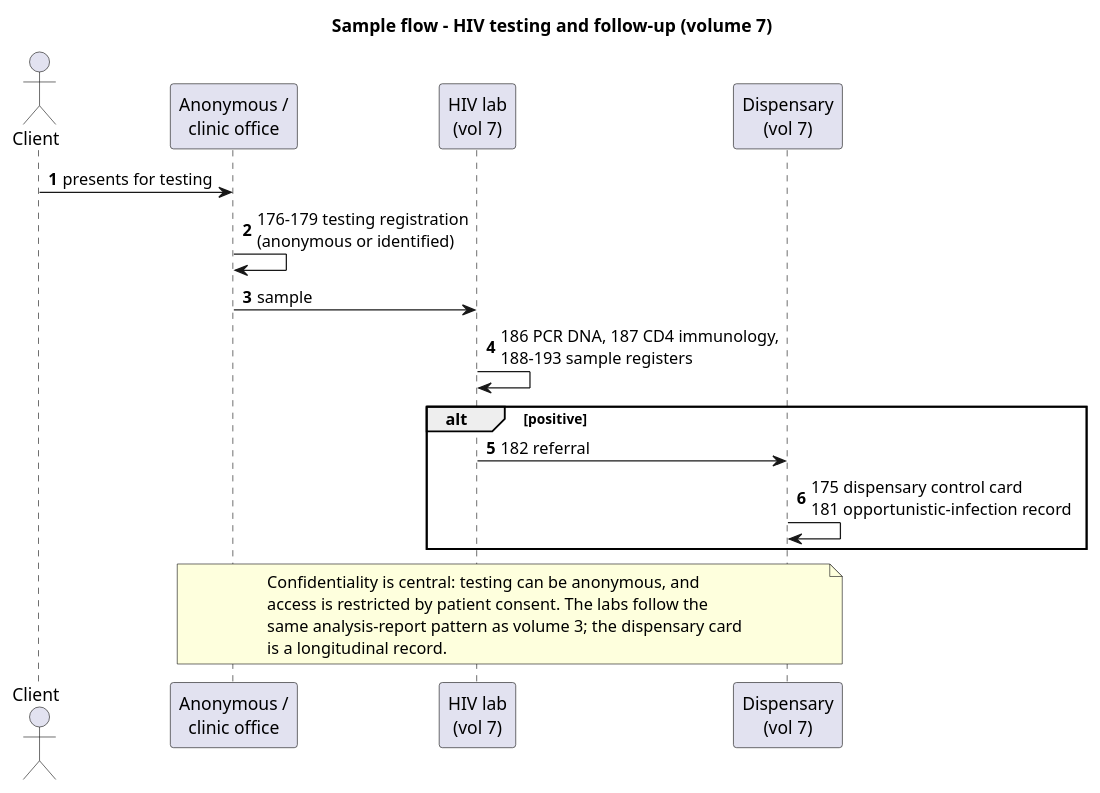
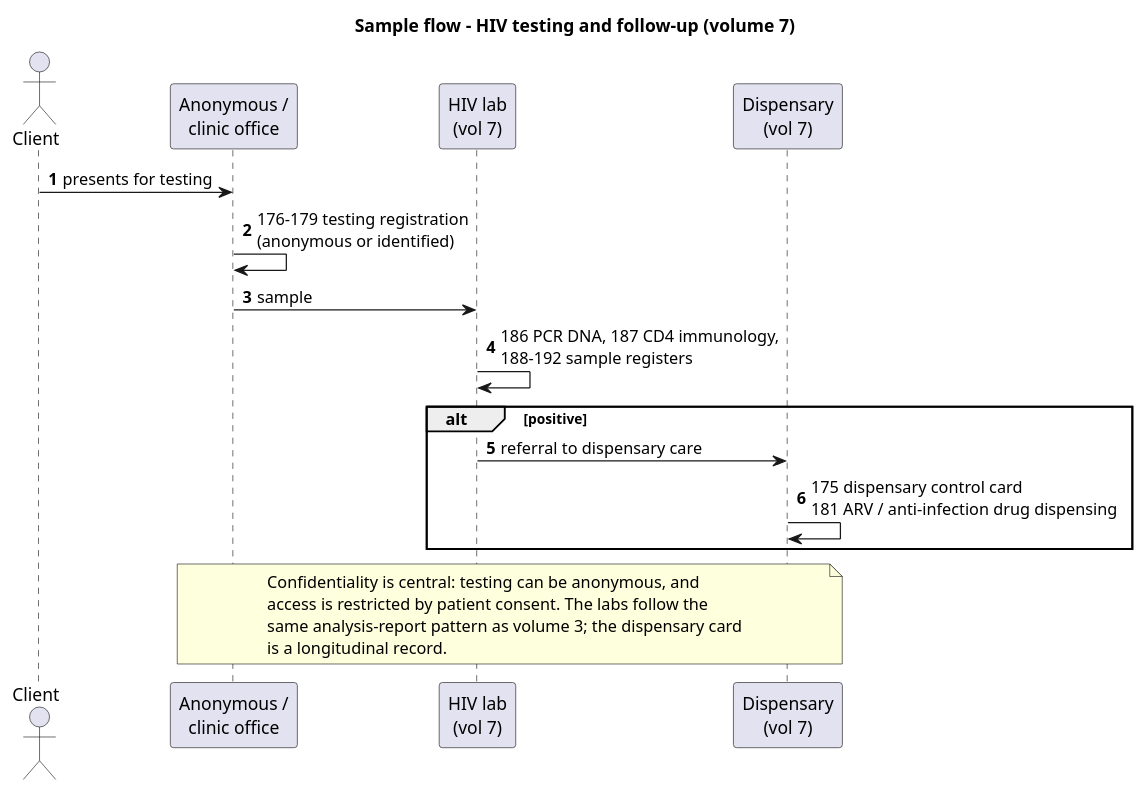
One commit to uzinfocom-org/digital-health-integration changed the diagram in input/images-source/forms-vol07-flow.plantuml. Above: the diagram before and after it, drawn with PlantUML. The commit also changed 17 other files, not shown here.

```diff
--- a/input/images-source/forms-vol07-flow.plantuml
+++ b/input/images-source/forms-vol07-flow.plantuml
@@ -1,25 +1,25 @@
 @startuml forms-vol07-flow
 title Sample flow - HIV testing and follow-up (volume 7)
 autonumber
 
 actor Client as C
 participant "Anonymous /\nclinic office" as OFF
 participant "HIV lab\n(vol 7)" as LAB
 participant "Dispensary\n(vol 7)" as DISP
 
 C -> OFF : presents for testing
 OFF -> OFF : 176-179 testing registration\n(anonymous or identified)
 OFF -> LAB : sample
-LAB -> LAB : 186 PCR DNA, 187 CD4 immunology,\n188-193 sample registers
+LAB -> LAB : 186 PCR DNA, 187 CD4 immunology,\n188-192 sample registers
 alt positive
-  LAB -> DISP : 182 referral
-  DISP -> DISP : 175 dispensary control card\n181 opportunistic-infection record
+  LAB -> DISP : referral to dispensary care
+  DISP -> DISP : 175 dispensary control card\n181 ARV / anti-infection drug dispensing
 end
 
 note over OFF, DISP
   Confidentiality is central: testing can be anonymous, and
   access is restricted by patient consent. The labs follow the
   same analysis-report pattern as volume 3; the dispensary card
   is a longitudinal record.
 end note
 @enduml
```
